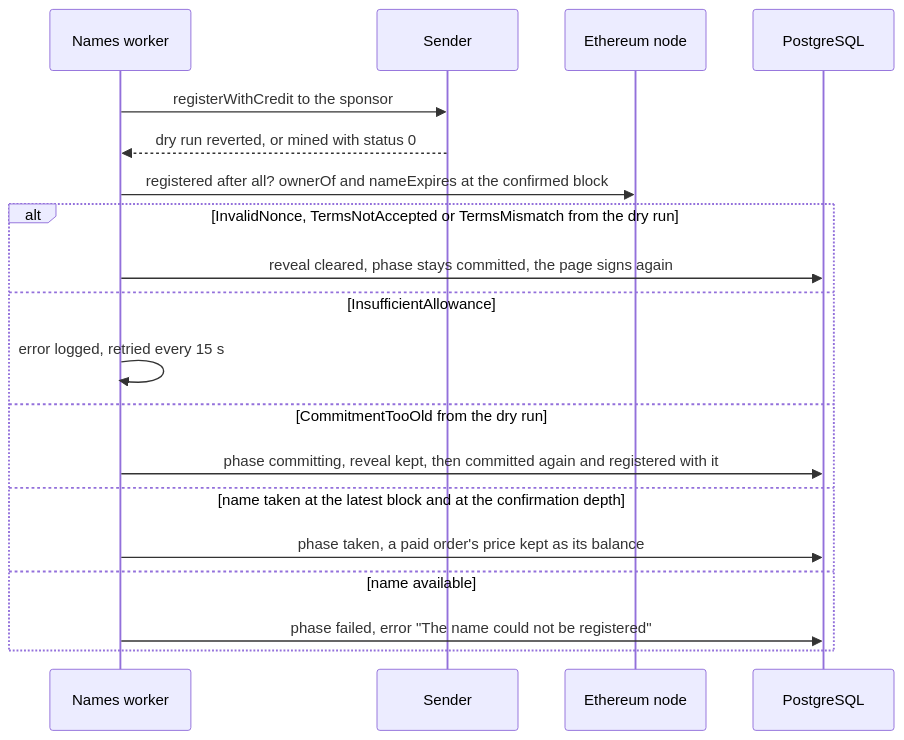
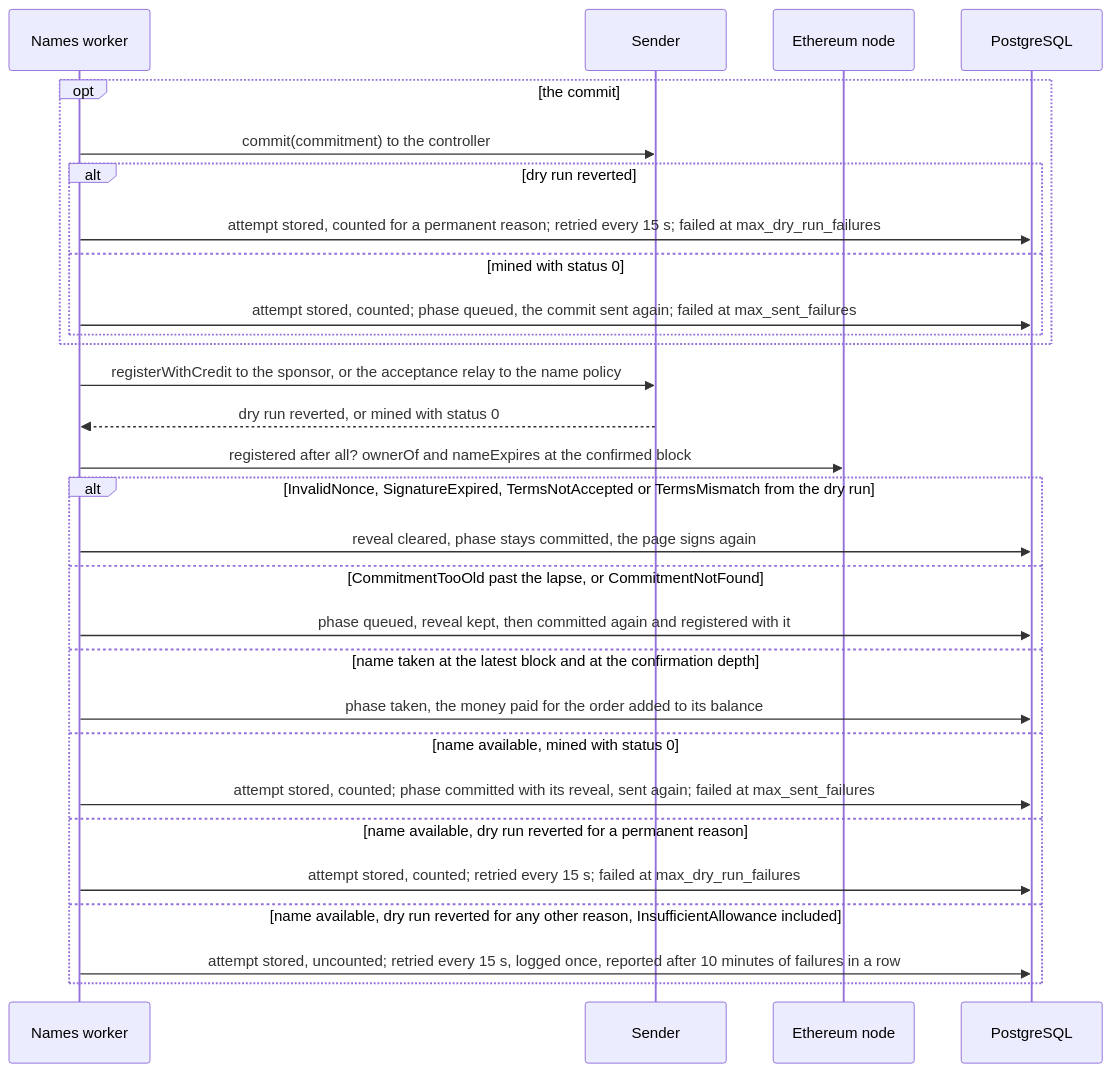
Before and after one commit to simplex-chat/simplex-chat: the sixth of 15 diagrams in apps/simplex-store-service/docs/names.md, drawn with Mermaid. The commit also changed other lines of this file and 207 other files, not shown here.

````diff
--- a/apps/simplex-store-service/docs/names.md
+++ b/apps/simplex-store-service/docs/names.md
@@ -339,21 +359,31 @@
 ```mermaid
 sequenceDiagram
   participant K as Names worker
   participant S as Sender
   participant E as Ethereum node
   participant D as PostgreSQL
-  K->>S: registerWithCredit to the sponsor
+  opt the commit
+    K->>S: commit(commitment) to the controller
+    alt dry run reverted
+      K->>D: attempt stored, counted for a permanent reason#59; retried every 15 s#59; failed at max_dry_run_failures
+    else mined with status 0
+      K->>D: attempt stored, counted#59; phase queued, the commit sent again#59; failed at max_sent_failures
+    end
+  end
+  K->>S: registerWithCredit to the sponsor, or the acceptance relay to the name policy
   S-->>K: dry run reverted, or mined with status 0
   K->>E: registered after all? ownerOf and nameExpires at the confirmed block
-  alt InvalidNonce, TermsNotAccepted or TermsMismatch from the dry run
+  alt InvalidNonce, SignatureExpired, TermsNotAccepted or TermsMismatch from the dry run
     K->>D: reveal cleared, phase stays committed, the page signs again
-  else InsufficientAllowance
-    K->>K: error logged, retried every 15 s
-  else CommitmentTooOld from the dry run
-    K->>D: phase committing, reveal kept, then committed again and registered with it
+  else CommitmentTooOld past the lapse, or CommitmentNotFound
+    K->>D: phase queued, reveal kept, then committed again and registered with it
   else name taken at the latest block and at the confirmation depth
-    K->>D: phase taken, a paid order's price kept as its balance
-  else name available
-    K->>D: phase failed, error "The name could not be registered"
+    K->>D: phase taken, the money paid for the order added to its balance
+  else name available, mined with status 0
+    K->>D: attempt stored, counted#59; phase committed with its reveal, sent again#59; failed at max_sent_failures
+  else name available, dry run reverted for a permanent reason
+    K->>D: attempt stored, counted#59; retried every 15 s#59; failed at max_dry_run_failures
+  else name available, dry run reverted for any other reason, InsufficientAllowance included
+    K->>D: attempt stored, uncounted#59; retried every 15 s, logged once, reported after 10 minutes of failures in a row
   end
 ```
````
